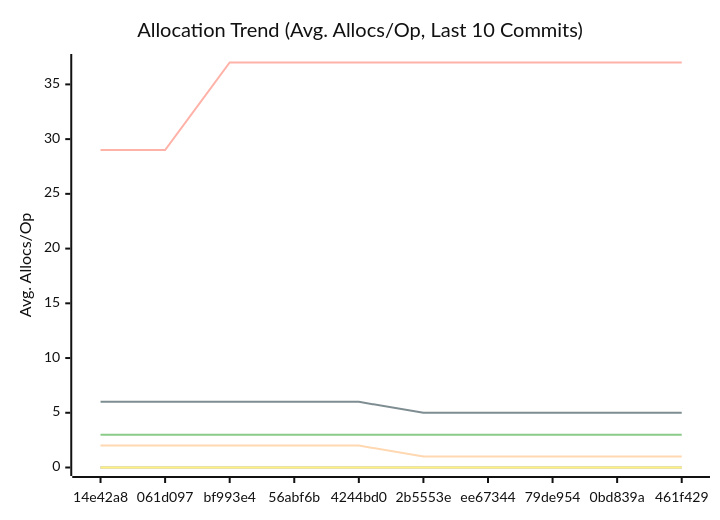
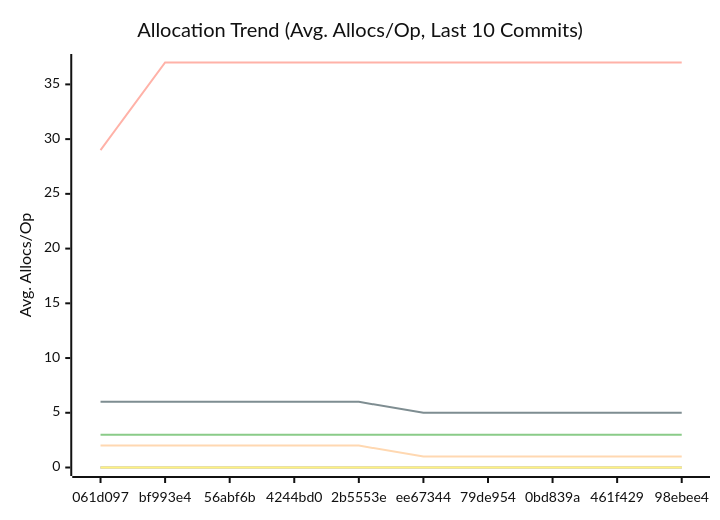
Before and after one commit to alsotoes/momo: the third of 3 diagrams in docs/PERFORMANCE.md, drawn with Mermaid (neutral theme). The commit also changed other lines of this file and 3 other files, not shown here.

````diff
--- a/docs/PERFORMANCE.md
+++ b/docs/PERFORMANCE.md
@@ -114,16 +114,16 @@
 ```mermaid
 xychart-beta
     title "Allocation Trend (Avg. Allocs/Op, Last 10 Commits)"
     x-axis "Commit"
     y-axis "Avg. Allocs/Op"
-    x-axis [14e42a8,061d097,bf993e4,56abf6b,4244bd0,2b5553e,ee67344,79de954,0bd839a,461f429]
+    x-axis [061d097,bf993e4,56abf6b,4244bd0,2b5553e,ee67344,79de954,0bd839a,461f429,98ebee4]
     line "CheckMetricsAndSwap" [0,0,0,0,0,0,0,0,0,0]
     line "CrushOptimized" [0,0,0,0,0,0,0,0,0,0]
     line "CrushOriginal" [3,3,3,3,3,3,3,3,3,3]
     line "IndexDirectTracking" [0,0,0,0,0,0,0,0,0,0]
     line "IndexSearch" [0,0,0,0,0,0,0,0,0,0]
-    line "LoadGlobalConfig" [29,29,37,37,37,37,37,37,37,37]
+    line "LoadGlobalConfig" [29,37,37,37,37,37,37,37,37,37]
     line "PadString" [0,0,0,0,0,0,0,0,0,0]
     line "ParseReplicationOrder_NoPrealloc" [6,6,6,6,6,5,5,5,5,5]
     line "ParseReplicationOrder_Prealloc" [2,2,2,2,2,1,1,1,1,1]
 ```
````
